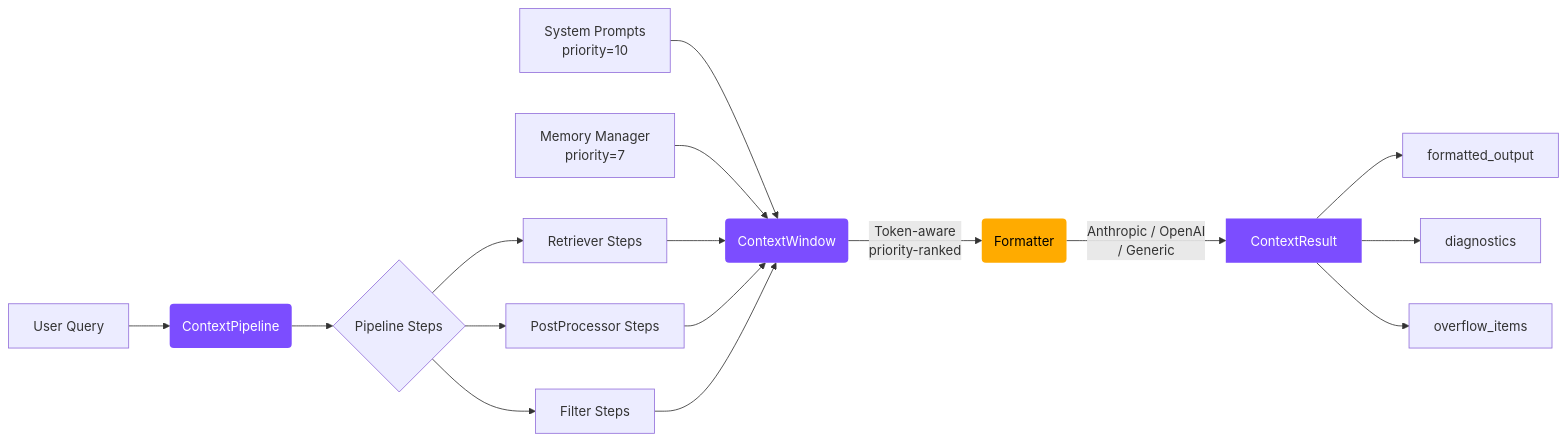
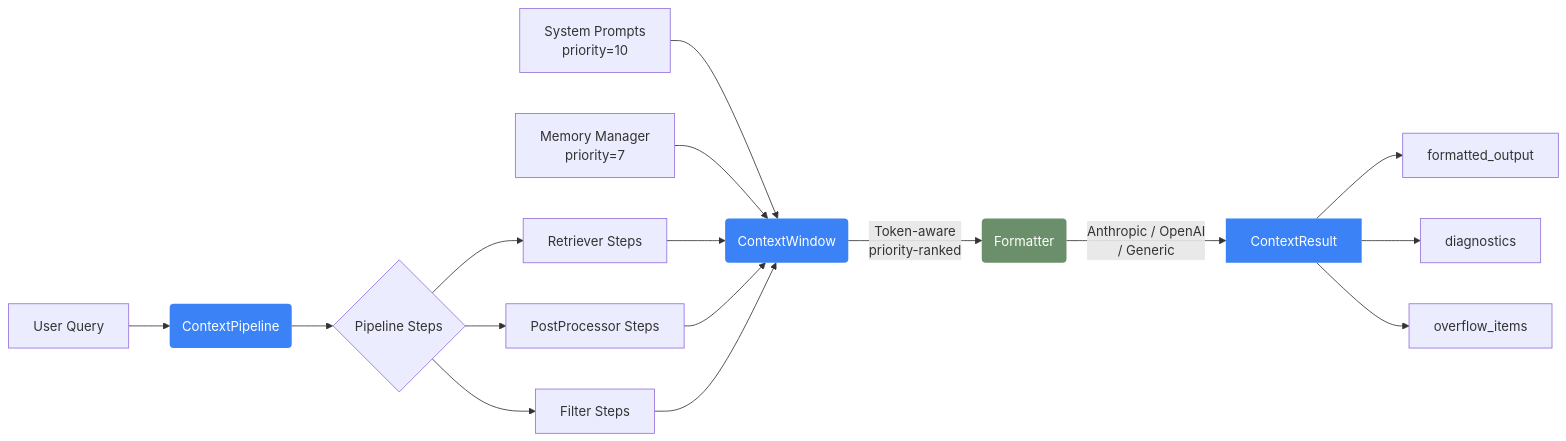
The diagram in docs/docs/index.md (artcgranja/astro-context), drawn with Mermaid before and after one commit. The commit also changed other lines of this file and 407 other files, not shown here.

````diff
--- a/docs/docs/index.md
+++ b/docs/docs/index.md
@@ -182,26 +182,26 @@
 ```mermaid
 graph LR
     A[User Query] --> B(ContextPipeline)
     B --> C{Pipeline Steps}
     C --> D[Retriever Steps]
     C --> E[PostProcessor Steps]
     C --> F[Filter Steps]
 
     G[System Prompts<br/>priority=10] --> H(ContextWindow)
     I[Memory Manager<br/>priority=7] --> H
     D --> H
     E --> H
     F --> H
 
     H -->|Token-aware<br/>priority-ranked| J(Formatter)
     J -->|Anthropic / OpenAI<br/>/ Generic| K[ContextResult]
 
     K --> L[formatted_output]
     K --> M[diagnostics]
     K --> N[overflow_items]
 
-    style B fill:#7c4dff,color:#fff,stroke:none
-    style H fill:#7c4dff,color:#fff,stroke:none
-    style J fill:#ffab00,color:#000,stroke:none
-    style K fill:#7c4dff,color:#fff,stroke:none
+    style B fill:#3b82f6,color:#fff,stroke:none
+    style H fill:#3b82f6,color:#fff,stroke:none
+    style J fill:#6B8E6B,color:#fff,stroke:none
+    style K fill:#3b82f6,color:#fff,stroke:none
 ```
````
